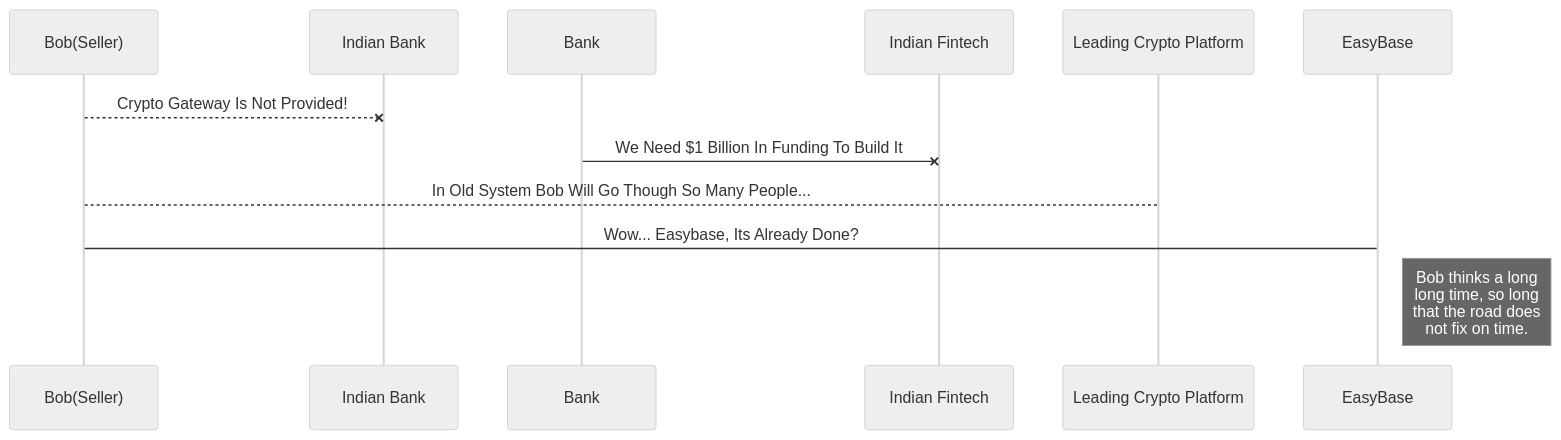
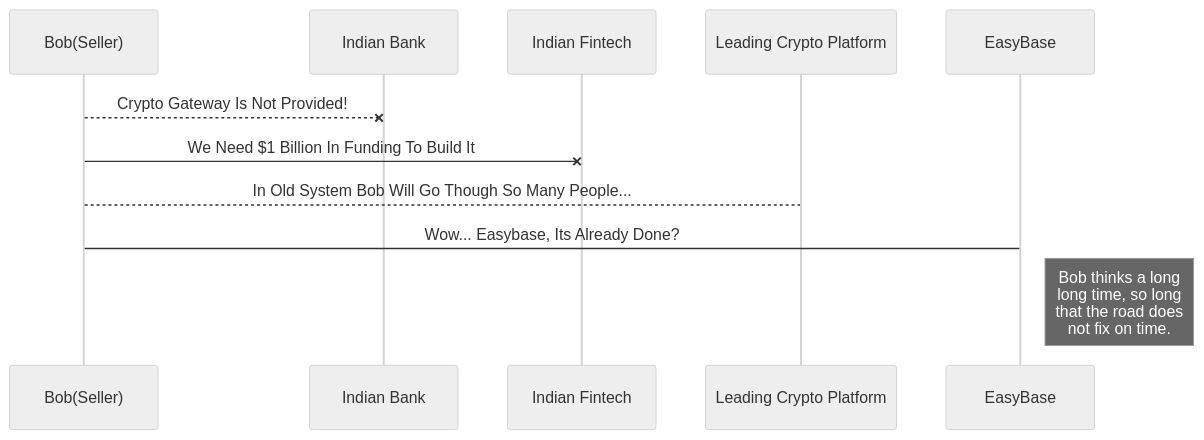
The first of 2 diagrams in README.md (speedily/easyb), drawn with Mermaid (neutral theme) before and after one commit.

````diff
--- a/README.md
+++ b/README.md
@@ -39,11 +39,11 @@
 ```mermaid
 sequenceDiagram
 
 Bob(Seller)--x Indian Bank: Crypto Gateway Is Not Provided!
-Bank-x Indian Fintech: We Need $1 Billion In Funding To Build It
+Bob(Seller)-x Indian Fintech: We Need $1 Billion In Funding To Build It
 
 
 Bob(Seller)-->Leading Crypto Platform: In Old System Bob Will Go Though So Many People...
 Bob(Seller)->EasyBase: Wow... Easybase, Its Already Done?
 Note right of EasyBase: Bob thinks a long<br/>long time, so long<br/>that the road does<br/>not fix on time.
 ```
````
